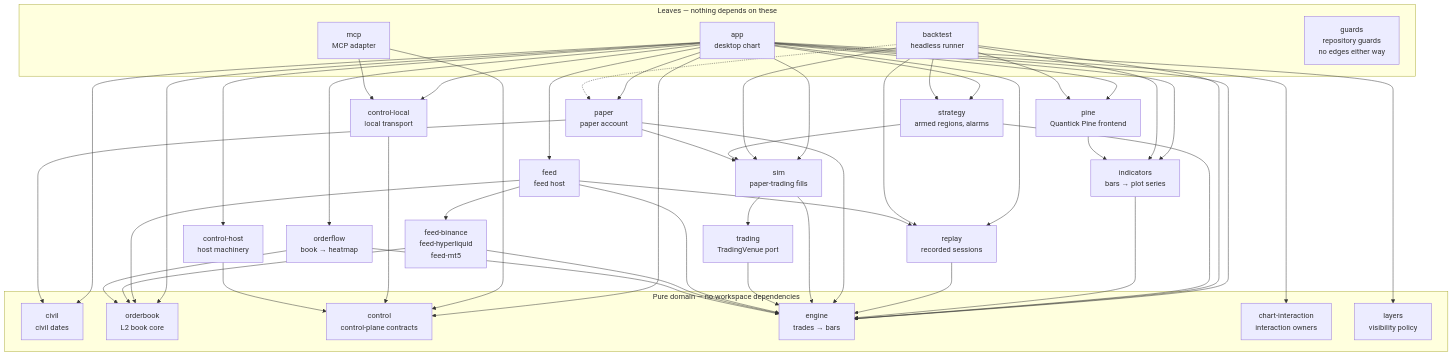
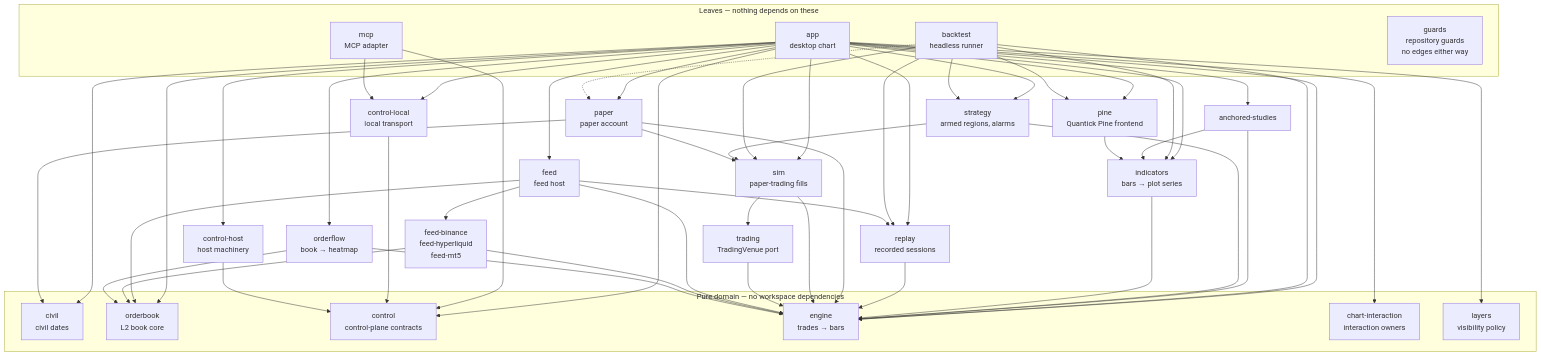
One commit to milocaetano/quantick changed the diagram in AGENTS.md. Above: the diagram before and after it, drawn with Mermaid. The commit also changed other lines of this file and 23 other files, not shown here.

Commit message:
refactor(studies): move anchored computations below app

````diff
--- a/AGENTS.md
+++ b/AGENTS.md
@@ -105,66 +103,69 @@
 ```mermaid
 graph TD
   subgraph leaves["Leaves — nothing depends on these"]
     app["app<br/>desktop chart"]
     backtest["backtest<br/>headless runner"]
     mcp["mcp<br/>MCP adapter"]
     guards["guards<br/>repository guards<br/>no edges either way"]
   end
 
+  app --> anchoredstudies
   app --> pine
   app --> indicators
   app --> strategy
   app --> sim
   app --> paper
   app --> civil
   app --> replay
   app --> orderbook
   app --> orderflow
   app --> feed
   app --> control
   app --> controllocal
   app --> controlhost
   app --> engine
   app --> chartinteraction
   app --> layers
   backtest --> strategy
   backtest --> pine
   backtest --> indicators
   backtest --> replay
   backtest --> sim
   backtest -.-> paper
   backtest --> engine
   mcp --> controllocal
   mcp --> control
 
+  anchoredstudies["anchored-studies"] --> engine
+  anchoredstudies --> indicators
   pine["pine<br/>Quantick Pine frontend"] --> indicators
   strategy["strategy<br/>armed regions, alarms"] --> sim
   strategy --> engine
   controllocal["control-local<br/>local transport"] --> control
   controlhost["control-host<br/>host machinery"] --> control
   indicators["indicators<br/>bars → plot series"] --> engine
   replay["replay<br/>recorded sessions"] --> engine
   paper["paper<br/>paper account"] --> sim
   paper --> engine
   paper --> civil
   sim["sim<br/>paper-trading fills"] --> trading
   sim --> engine
   trading["trading<br/>TradingVenue port"] --> engine
   feed["feed<br/>feed host"] --> feeds
   feed --> replay
   feed --> orderbook
   feed --> engine
   feeds["feed-binance<br/>feed-hyperliquid<br/>feed-mt5"] --> engine
   feeds --> orderbook
   orderflow["orderflow<br/>book → heatmap"] --> engine
   orderflow --> orderbook
 
   subgraph pure["Pure domain — no workspace dependencies"]
     chartinteraction["chart-interaction<br/>interaction owners"]
     layers["layers<br/>visibility policy"]
     engine["engine<br/>trades → bars"]
     orderbook["orderbook<br/>L2 book core"]
     control["control<br/>control-plane contracts"]
     civil["civil<br/>civil dates"]
   end
 ```
````
